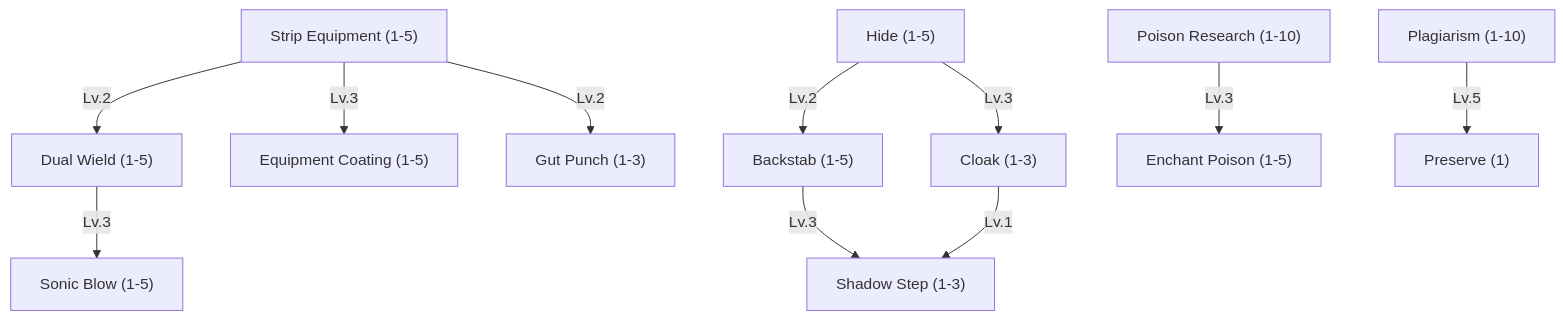
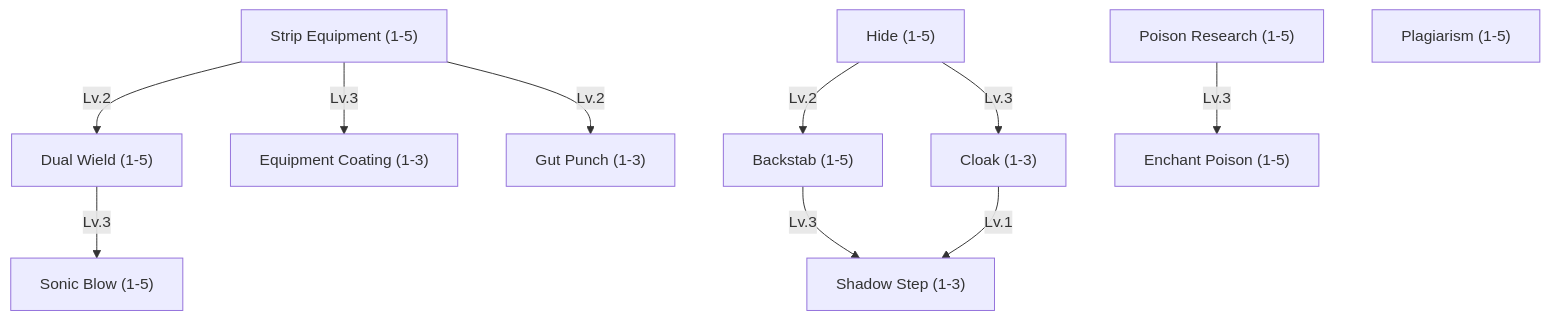
Before and after one commit to tfelix/bestia-docs: diagram 18 of 20 in content/docs/mechanics/master.md, drawn with Mermaid. The commit also changed other lines of this file, not shown here.

````diff
--- a/content/docs/mechanics/master.md
+++ b/content/docs/mechanics/master.md
@@ -2508,30 +2510,28 @@
 ```mermaid
 graph TD
     StripEquipment["Strip Equipment (1-5)"]
     DualWield["Dual Wield (1-5)"]
-    EquipmentCoating["Equipment Coating (1-5)"]
+    EquipmentCoating["Equipment Coating (1-3)"]
     GutPunch["Gut Punch (1-3)"]
     SonicBlow["Sonic Blow (1-5)"]
 
     Hide["Hide (1-5)"]
     Cloak["Cloak (1-3)"]
     Backstab["Backstab (1-5)"]
     ShadowStep["Shadow Step (1-3)"]
 
-    PoisonResearch["Poison Research (1-10)"]
+    PoisonResearch["Poison Research (1-5)"]
     EnchantPoison["Enchant Poison (1-5)"]
 
-    Plagiarism["Plagiarism (1-10)"]
-    Preserve["Preserve (1)"]
+    Plagiarism["Plagiarism (1-5)"]
 
     StripEquipment -->|Lv.2| DualWield
     StripEquipment -->|Lv.3| EquipmentCoating
     StripEquipment -->|Lv.2| GutPunch
     DualWield -->|Lv.3| SonicBlow
     Hide -->|Lv.3| Cloak
     Hide -->|Lv.2| Backstab
     Backstab -->|Lv.3| ShadowStep
     Cloak -->|Lv.1| ShadowStep
     PoisonResearch -->|Lv.3| EnchantPoison
-    Plagiarism -->|Lv.5| Preserve
 ```
````
